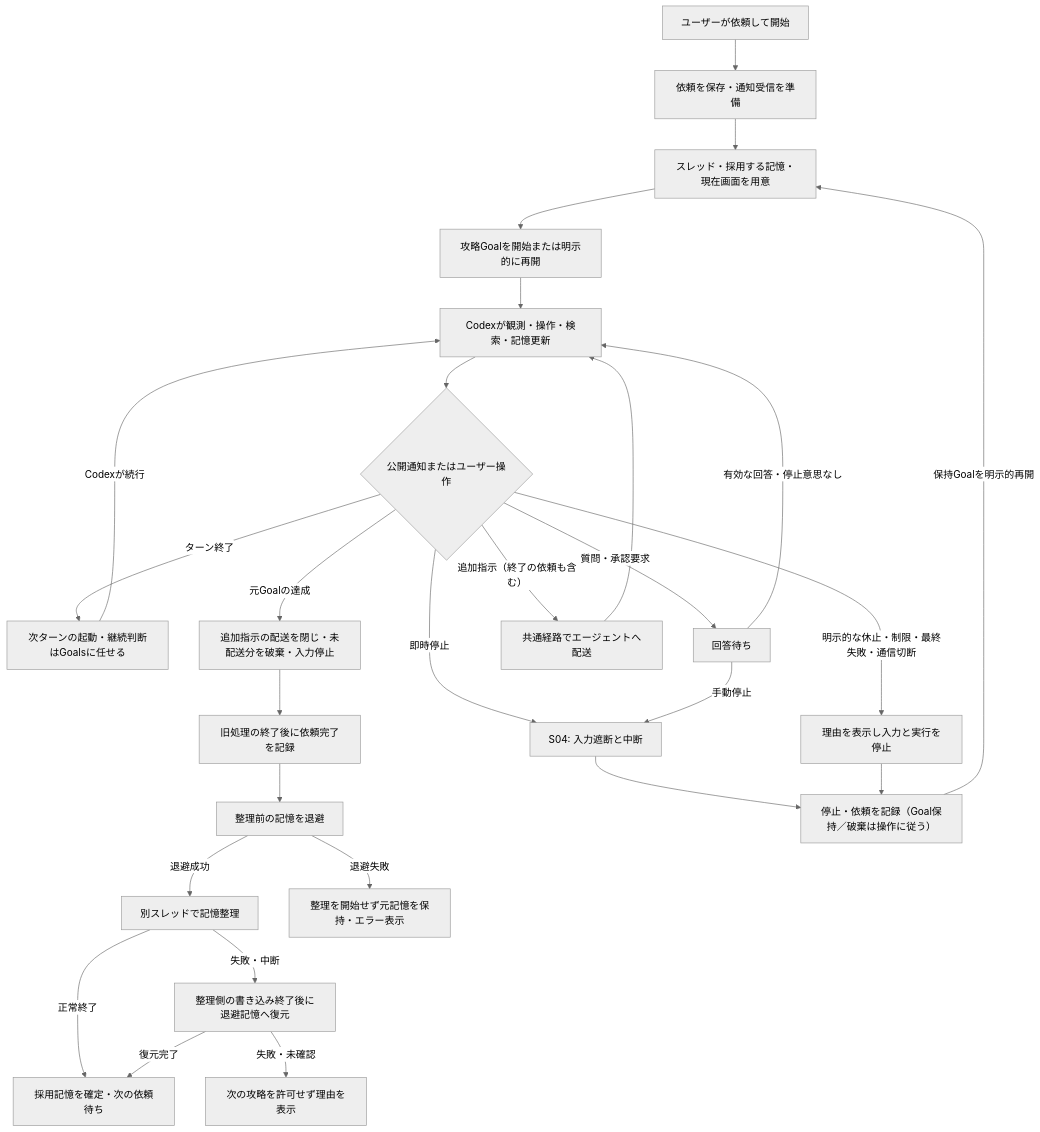
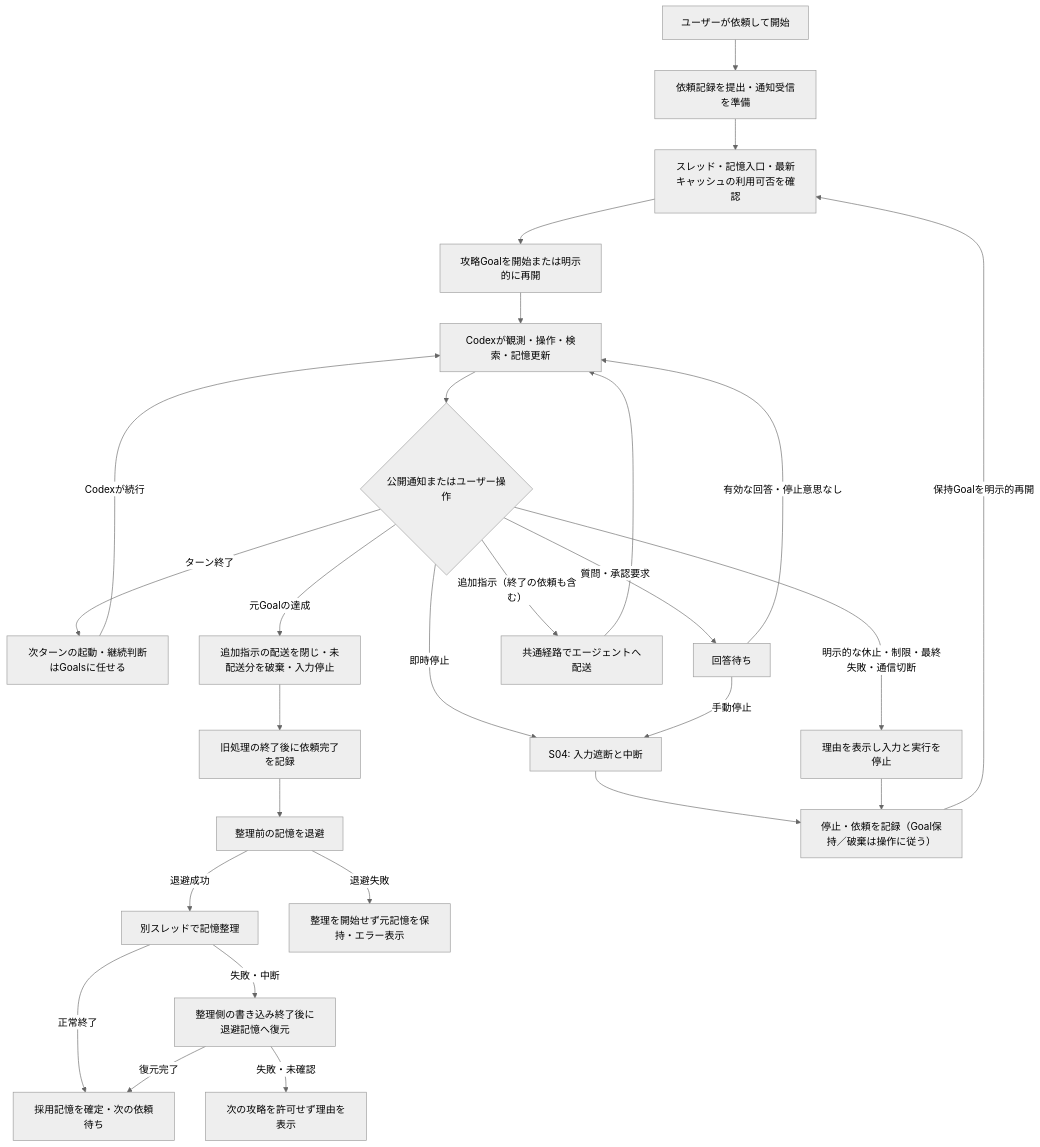
Before and after one commit to niart120/Project_Gigas: the first of 8 diagrams in spec/initial/09-control-flows.md, drawn with Mermaid (neutral theme). The commit also changed other lines of this file and 25 other files, not shown here.

````diff
--- a/spec/initial/09-control-flows.md
+++ b/spec/initial/09-control-flows.md
@@ -34,29 +34,29 @@
 ```mermaid
 flowchart TD
-    Start["ユーザーが依頼して開始"] --> Setup["依頼を保存・通知受信を準備"]
-    Setup --> Context["スレッド・採用する記憶・現在画面を用意"]
+    Start["ユーザーが依頼して開始"] --> Setup["依頼記録を提出・通知受信を準備"]
+    Setup --> Context["スレッド・記憶入口・最新キャッシュの利用可否を確認"]
     Context --> Goal["攻略Goalを開始または明示的に再開"]
     Goal --> Play["Codexが観測・操作・検索・記憶更新"]
     Play --> Event{"公開通知またはユーザー操作"}
     Event -->|"ターン終了"| Next["次ターンの起動・継続判断はGoalsに任せる"]
     Next -->|"Codexが続行"| Play
     Event -->|"質問・承認要求"| Ask["回答待ち"]
     Ask -->|"有効な回答・停止意思なし"| Play
     Event -->|"元Goalの達成"| Finish["追加指示の配送を閉じ・未配送分を破棄・入力停止"]
     Finish --> Complete["旧処理の終了後に依頼完了を記録"]
     Complete --> Backup["整理前の記憶を退避"]
     Backup -->|"退避成功"| Memory["別スレッドで記憶整理"]
     Backup -->|"退避失敗"| Unchanged["整理を開始せず元記憶を保持・エラー表示"]
     Memory -->|"正常終了"| Ready["採用記憶を確定・次の依頼待ち"]
     Memory -->|"失敗・中断"| Restore["整理側の書き込み終了後に退避記憶へ復元"]
     Restore -->|"復元完了"| Ready
     Restore -->|"失敗・未確認"| Hold["次の攻略を許可せず理由を表示"]
     Event -->|"追加指示（終了の依頼も含む）"| Message["共通経路でエージェントへ配送"]
     Message --> Play
     Event -->|"即時停止"| Abort["S04: 入力遮断と中断"]
     Ask -->|"手動停止"| Abort
     Event -->|"明示的な休止・制限・最終失敗・通信切断"| Failure["理由を表示し入力と実行を停止"]
     Abort --> Stop["停止・依頼を記録（Goal保持／破棄は操作に従う）"]
     Failure --> Stop
     Stop -->|"保持Goalを明示的再開"| Context
 ```
````
